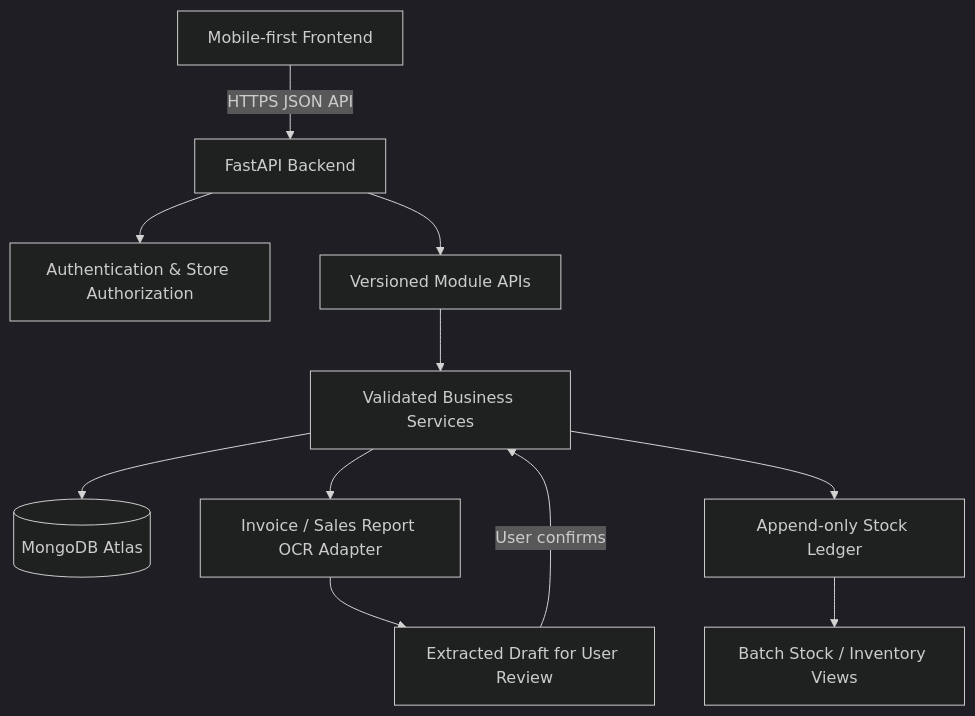
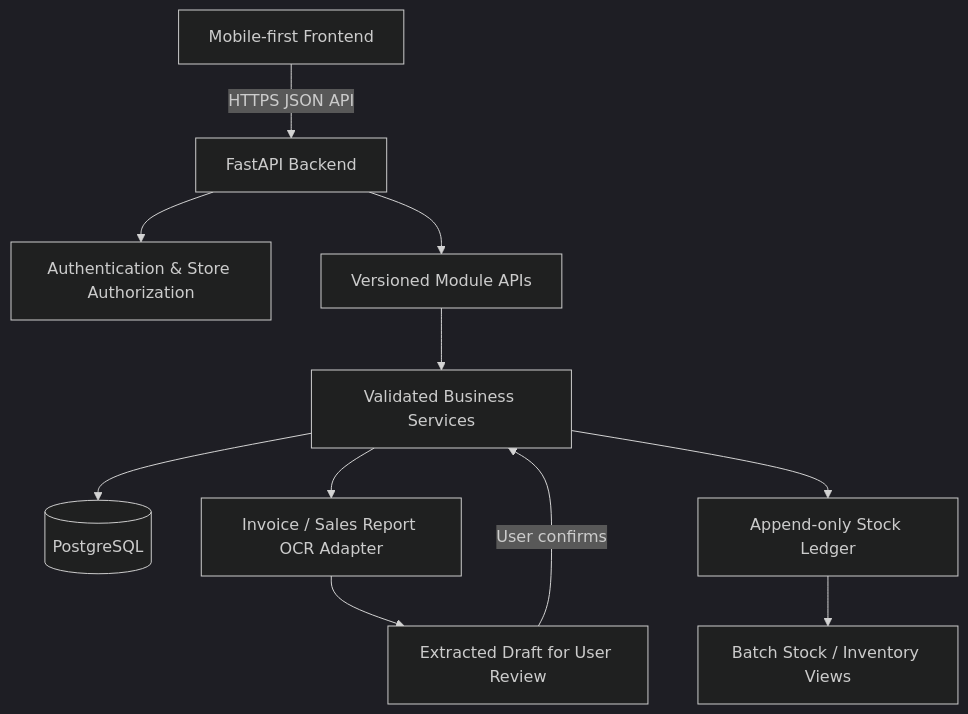
One commit to aman-tripathi-navaneeth/Pharmacy_App changed the diagram in docs/architecture.md. Above: the diagram before and after it, drawn with Mermaid (dark theme). The commit also changed other lines of this file and 54 other files, not shown here.

````diff
--- a/docs/architecture.md
+++ b/docs/architecture.md
@@ -3,13 +3,13 @@
 ```mermaid
 flowchart TD
     U[Mobile-first Frontend] -->|HTTPS JSON API| API[FastAPI Backend]
     API --> AUTH[Authentication & Store Authorization]
     API --> MOD[Versioned Module APIs]
     MOD --> SVC[Validated Business Services]
-    SVC --> DB[(MongoDB Atlas)]
+    SVC --> DB[(PostgreSQL)]
     SVC --> OCR[Invoice / Sales Report OCR Adapter]
     OCR --> DRAFT[Extracted Draft for User Review]
     DRAFT -->|User confirms| SVC
     SVC --> LEDGER[Append-only Stock Ledger]
     LEDGER --> INV[Batch Stock / Inventory Views]
 ```
````
